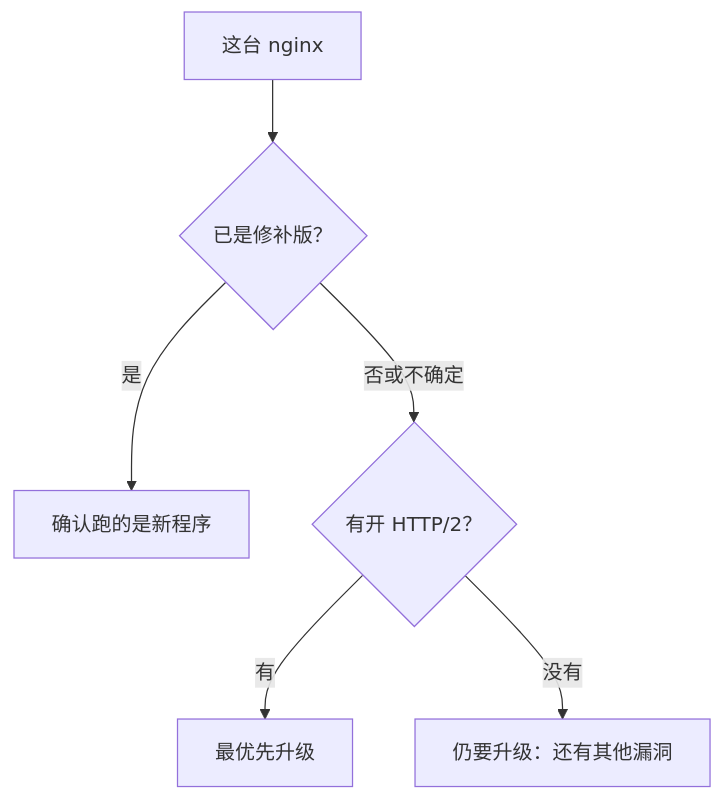
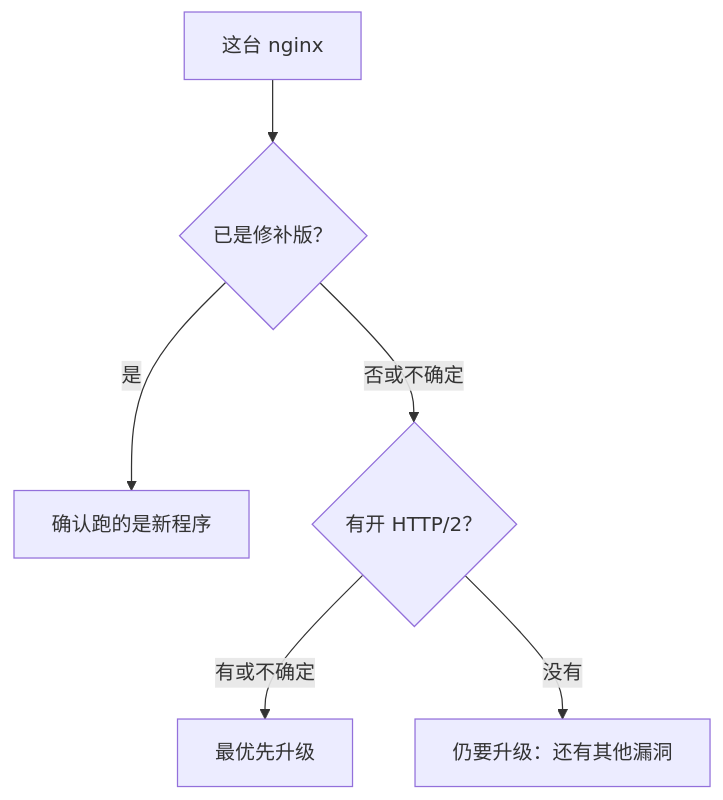
One commit to justmaocom/justmaocom.github.io changed the first of 2 diagrams in _posts/zh-CN/2026-11-23-nginx-http2-cve-2026-123007.md. Above: the diagram before and after it, drawn with Mermaid. The commit also changed other lines of this file and 2 other files, not shown here.

````diff
--- a/_posts/zh-CN/2026-11-23-nginx-http2-cve-2026-123007.md
+++ b/_posts/zh-CN/2026-11-23-nginx-http2-cve-2026-123007.md
@@ -23,8 +23,8 @@
 ```mermaid
 flowchart TD
   A[这台 nginx] --> B{"已是修补版？"}
   B -->|是| C[确认跑的是新程序]
   B -->|"否或不确定"| D{"有开 HTTP/2？"}
-  D -->|有| E[最优先升级]
+  D -->|"有或不确定"| E[最优先升级]
   D -->|没有| F["仍要升级：还有其他漏洞"]
 ```
````
